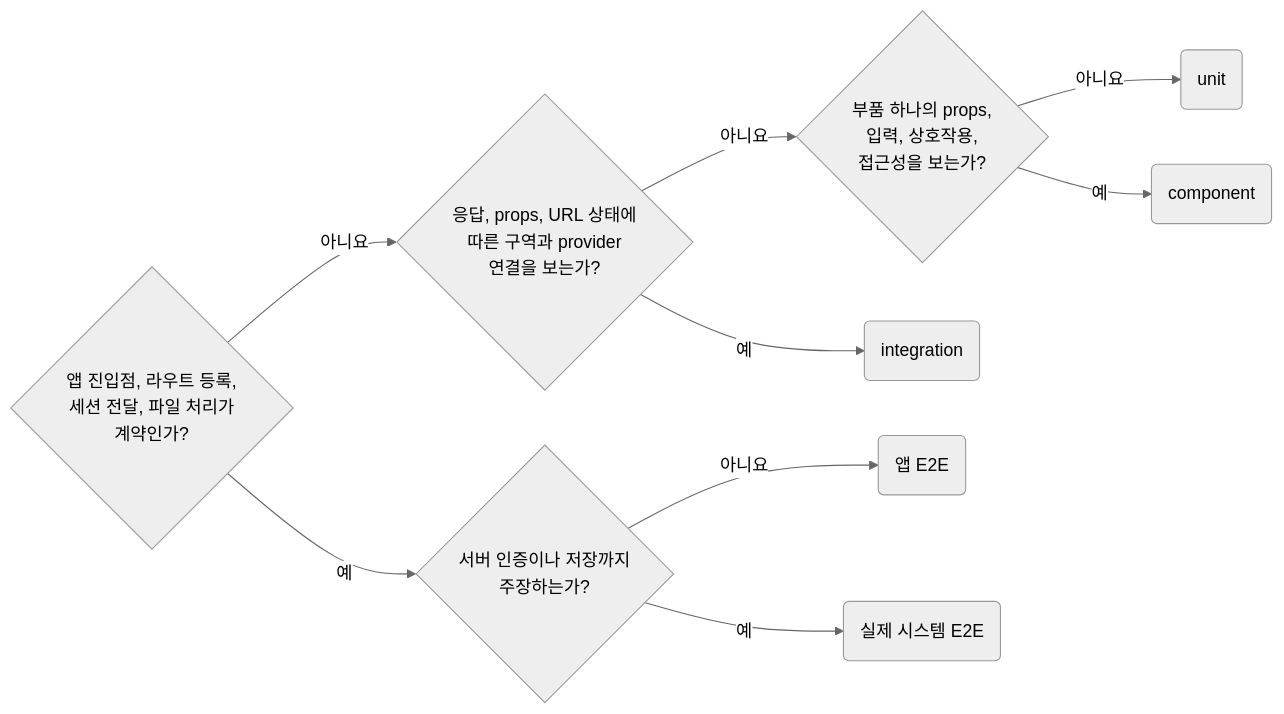
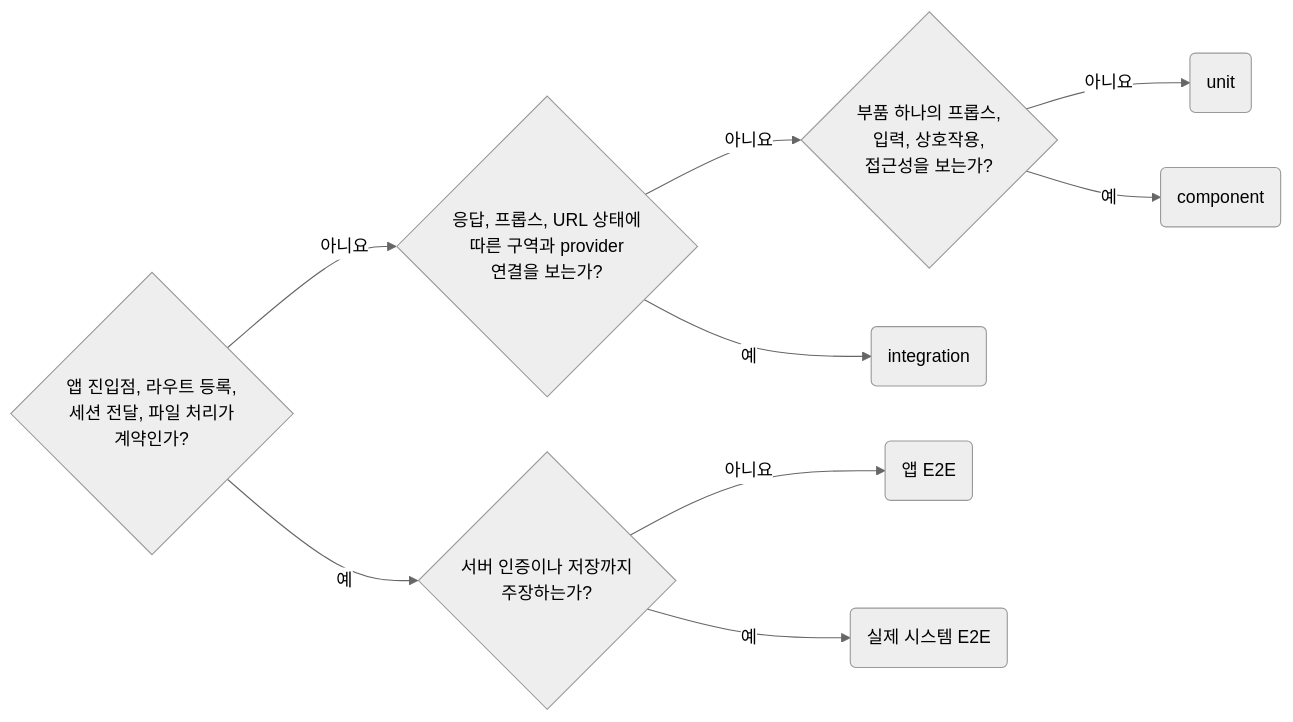
One commit to nomeehej/agent-conventions changed the diagram in skill/testing/rules/01-01-scope-choose-the-smallest-reliable-boundary.md. Above: the diagram before and after it, drawn with Mermaid (neutral theme). The commit also changed other lines of this file and 13 other files, not shown here.

````diff
--- a/skill/testing/rules/01-01-scope-choose-the-smallest-reliable-boundary.md
+++ b/skill/testing/rules/01-01-scope-choose-the-smallest-reliable-boundary.md
@@ -19,8 +19,8 @@
 ```mermaid
 flowchart LR
-	q1{"앱 진입점, 라우트 등록,<br>세션 전달, 파일 처리가<br>계약인가?"} -- 아니요 --> q2{"응답, props, URL 상태에<br>따른 구역과 provider<br>연결을 보는가?"} -- 아니요 --> q4{"부품 하나의 props,<br>입력, 상호작용,<br>접근성을 보는가?"} -- 아니요 --> r1("unit")
+	q1{"앱 진입점, 라우트 등록,<br>세션 전달, 파일 처리가<br>계약인가?"} -- 아니요 --> q2{"응답, 프롭스, URL 상태에<br>따른 구역과 provider<br>연결을 보는가?"} -- 아니요 --> q4{"부품 하나의 프롭스,<br>입력, 상호작용,<br>접근성을 보는가?"} -- 아니요 --> r1("unit")
 	q4 -- 예 --> r5("component")
 	q2 -- 예 --> r2("integration")
 	q1 -- 예 --> q3{"서버 인증이나 저장까지<br>주장하는가?"} -- 아니요 --> r3("앱 E2E")
 	q3 -- 예 --> r4("실제 시스템 E2E")
 ```
````
